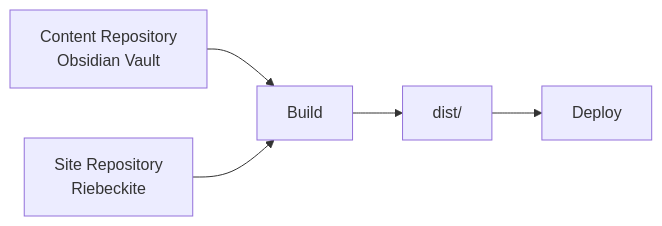
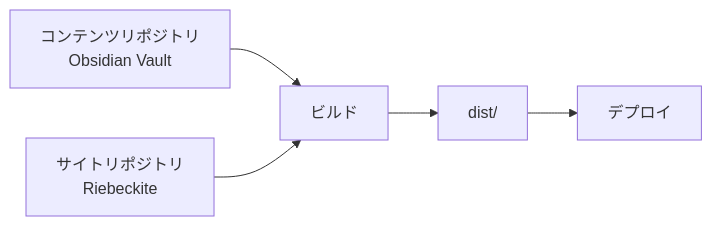
Before and after one commit to Rerurate514/riebeckite: the first of 13 diagrams in docs/docs/guides/deployment/separate-content-repository.ja.md, drawn with Mermaid. The commit also changed other lines of this file and 310 other files, not shown here.

````diff
--- a/docs/docs/guides/deployment/separate-content-repository.ja.md
+++ b/docs/docs/guides/deployment/separate-content-repository.ja.md
@@ -25,13 +11,13 @@
-```mermaid id="bc2fw5"
+```mermaid
 flowchart LR
-    Vault["Content Repository<br/>Obsidian Vault"]
-    Site["Site Repository<br/>Riebeckite"]
-    Build["Build"]
+    Vault["コンテンツリポジトリ<br/>Obsidian Vault"]
+    Site["サイトリポジトリ<br/>Riebeckite"]
+    Build["ビルド"]
     Output["dist/"]
-    Deploy["Deploy"]
+    Deploy["デプロイ"]
 
     Vault --> Build
     Site --> Build
     Build --> Output
     Output --> Deploy
 ```
````
